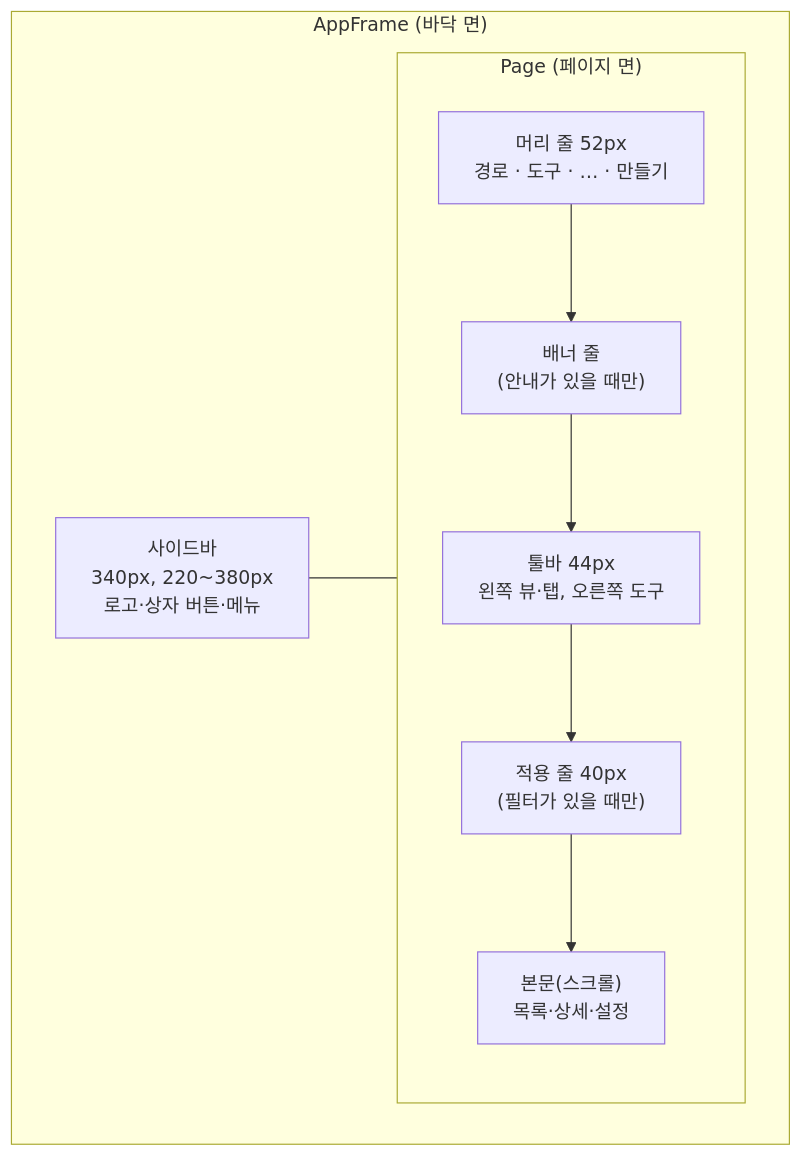
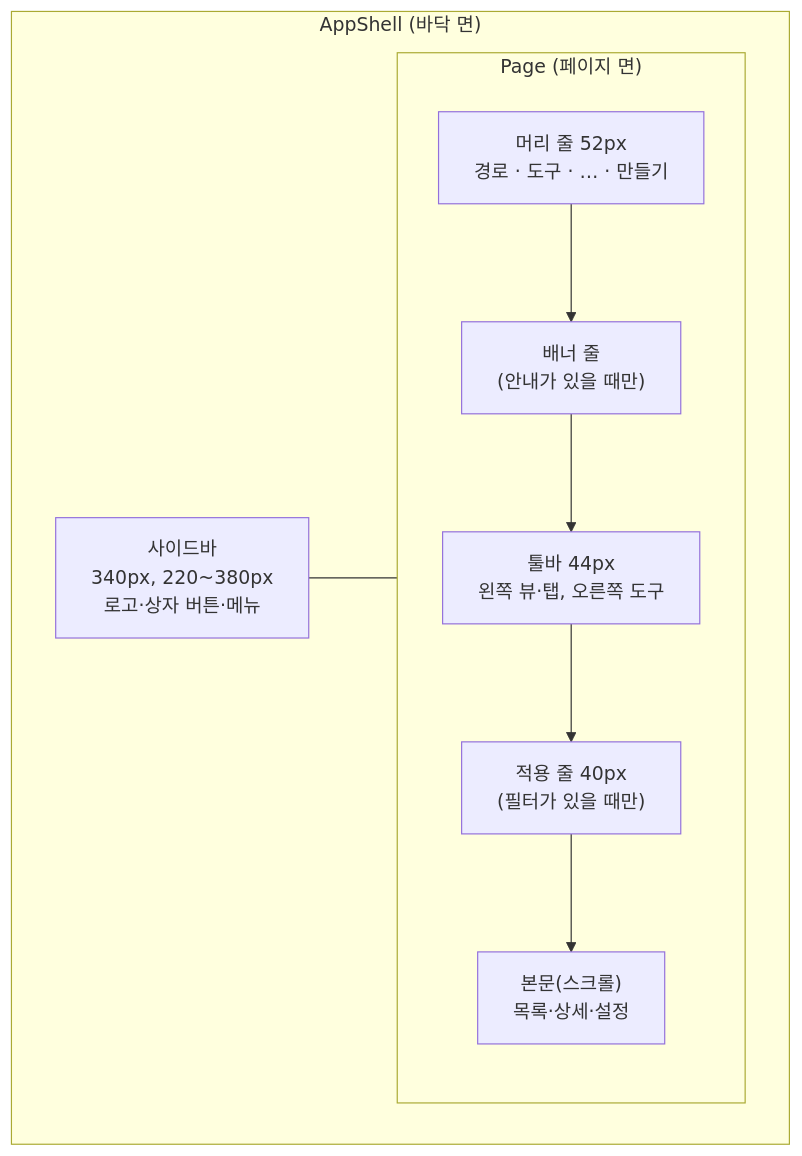
One commit to dev-goraebap/dev.goraebap changed the first of 2 diagrams in apps/site/content/architecture/8-6.mdx. Above: the diagram before and after it, drawn with Mermaid. The commit also changed other lines of this file and 79 other files, not shown here.

````diff
--- a/apps/site/content/architecture/8-6.mdx
+++ b/apps/site/content/architecture/8-6.mdx
@@ -14,17 +14,17 @@
 ```mermaid
 flowchart LR
-  subgraph SHELL["AppFrame (바닥 면)"]
+  subgraph SHELL["AppShell (바닥 면)"]
     direction LR
     NAV["사이드바<br/>340px, 220~380px<br/>로고·상자 버튼·메뉴"]
     subgraph PAGE["Page (페이지 면)"]
       direction TB
       H["머리 줄 52px<br/>경로 · 도구 · … · 만들기"]
       B["배너 줄<br/>(안내가 있을 때만)"]
       TOOL["툴바 44px<br/>왼쪽 뷰·탭, 오른쪽 도구"]
       F["적용 줄 40px<br/>(필터가 있을 때만)"]
       BODY["본문(스크롤)<br/>목록·상세·설정"]
       H --> B --> TOOL --> F --> BODY
     end
     NAV --- PAGE
   end
 ```
````
